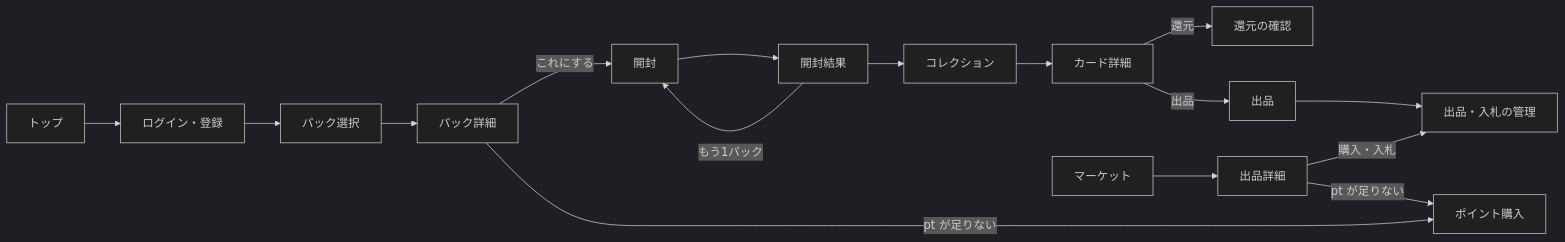
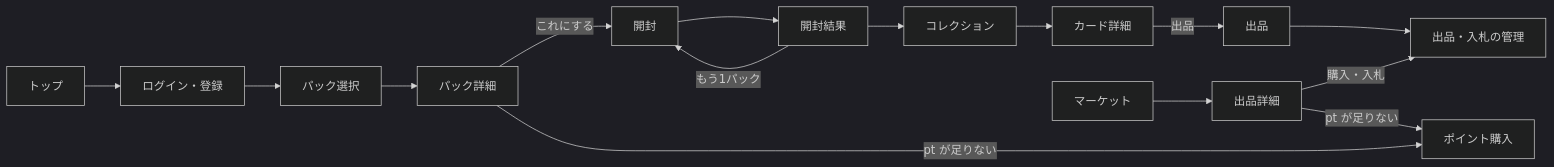
The diagram in docs/design/screens.md (matsupiee/wiki-collection), drawn with Mermaid (dark theme) before and after one commit. The commit also changed other lines of this file and 74 other files, not shown here.

````diff
--- a/docs/design/screens.md
+++ b/docs/design/screens.md
@@ -20,18 +20,17 @@
 ```mermaid
 flowchart LR
   LP[トップ] --> Login[ログイン・登録]
   Login --> Home[パック選択]
   Home --> PackDetail[パック詳細]
   PackDetail -->|これにする| Rip[開封]
   Rip --> Result[開封結果]
   Result -->|もう1パック| Rip
   Result --> Collection[コレクション]
   Collection --> CardDetail[カード詳細]
-  CardDetail -->|還元| Redeem[還元の確認]
   CardDetail -->|出品| Sell[出品]
   Sell --> MyListings[出品・入札の管理]
   Market[マーケット] --> Listing[出品詳細]
   Listing -->|購入・入札| MyListings
   PackDetail -->|pt が足りない| Shop[ポイント購入]
   Listing -->|pt が足りない| Shop
 ```
````
